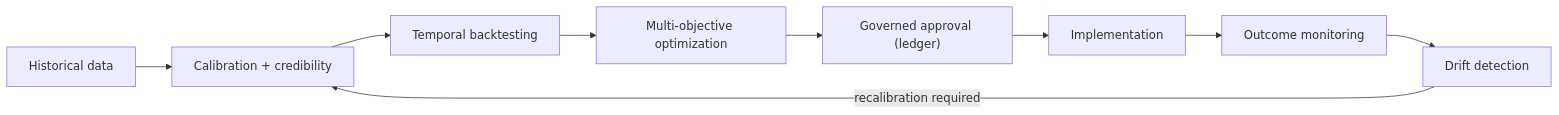
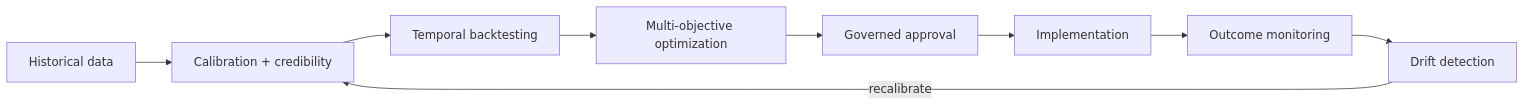
Before and after one commit to mfidalgomartins/OpenEnterprise-Twin: the second of 2 diagrams in README.md, drawn with Mermaid. The commit also changed other lines of this file and 106 other files, not shown here.

````diff
--- a/README.md
+++ b/README.md
@@ -65,11 +149,11 @@
 ```mermaid
 flowchart LR
     H["Historical data"] --> CAL["Calibration + credibility"]
     CAL --> BT["Temporal backtesting"]
     BT --> OPT["Multi-objective optimization"]
-    OPT --> GOV["Governed approval (ledger)"]
+    OPT --> GOV["Governed approval"]
     GOV --> IMP["Implementation"]
     IMP --> MON["Outcome monitoring"]
     MON --> DRIFT["Drift detection"]
-    DRIFT -->|"recalibration required"| CAL
+    DRIFT -->|"recalibrate"| CAL
 ```
````
